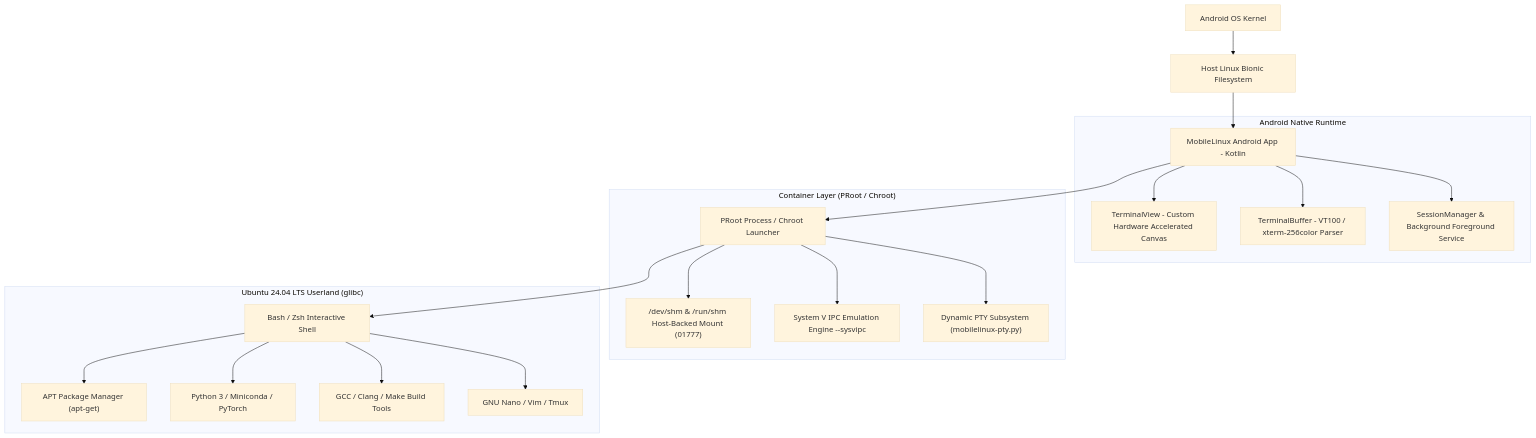
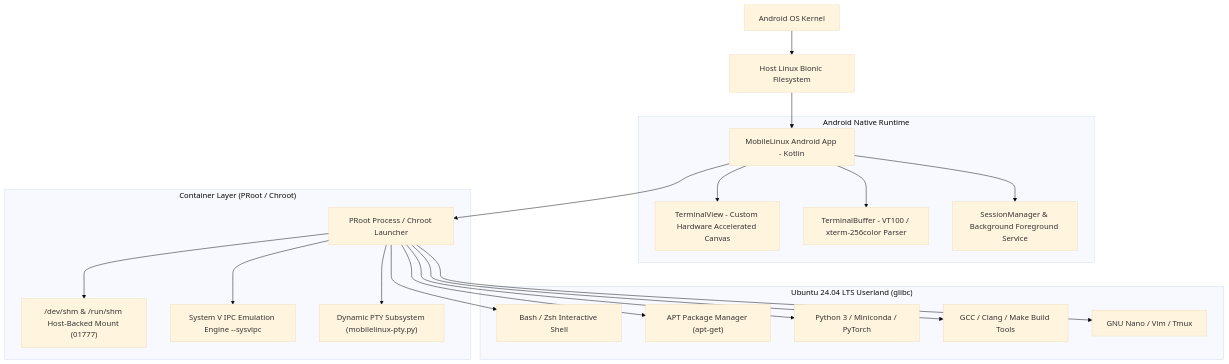
The diagram in README.md (udoymistry2024/MobileLinux), drawn with Mermaid (base theme) before and after one commit. The commit also changed other lines of this file, not shown here.

````diff
--- a/README.md
+++ b/README.md
@@ -150,26 +156,26 @@
 ```mermaid
 graph TD
     A[Android OS Kernel] --> B[Host Linux Bionic Filesystem]
     B --> C[MobileLinux Android App - Kotlin]
     
     subgraph "Android Native Runtime"
         C --> D[TerminalView - Custom Hardware Accelerated Canvas]
         C --> E[TerminalBuffer - VT100 / xterm-256color Parser]
         C --> F[SessionManager & Background Foreground Service]
     end
     
     subgraph "Container Layer (PRoot / Chroot)"
         C --> G[PRoot Process / Chroot Launcher]
         G --> H["/dev/shm & /run/shm Host-Backed Mount (01777)"]
         G --> I[System V IPC Emulation Engine --sysvipc]
         G --> J["Dynamic PTY Subsystem (mobilelinux-pty.py)"]
     end
     
     subgraph "Ubuntu 24.04 LTS Userland (glibc)"
         G --> K[Bash / Zsh Interactive Shell]
-        K --> L["APT Package Manager (apt-get)"]
-        K --> M[Python 3 / Miniconda / PyTorch]
-        K --> N[GCC / Clang / Make Build Tools]
-        K --> O[GNU Nano / Vim / Tmux]
+        G --> L["APT Package Manager (apt-get)"]
+        G --> M[Python 3 / Miniconda / PyTorch]
+        G --> N[GCC / Clang / Make Build Tools]
+        G --> O[GNU Nano / Vim / Tmux]
     end
 ```
````
